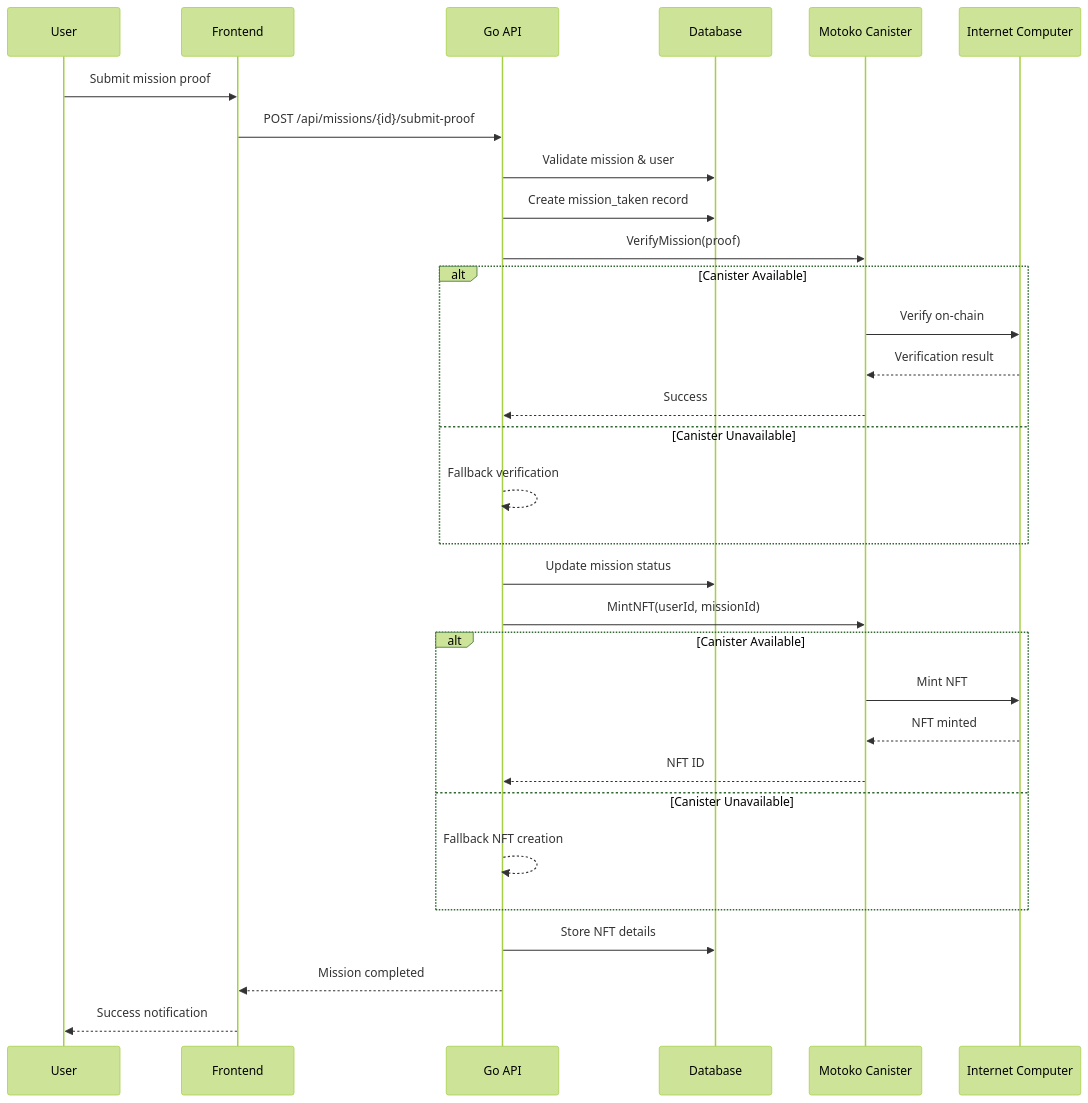
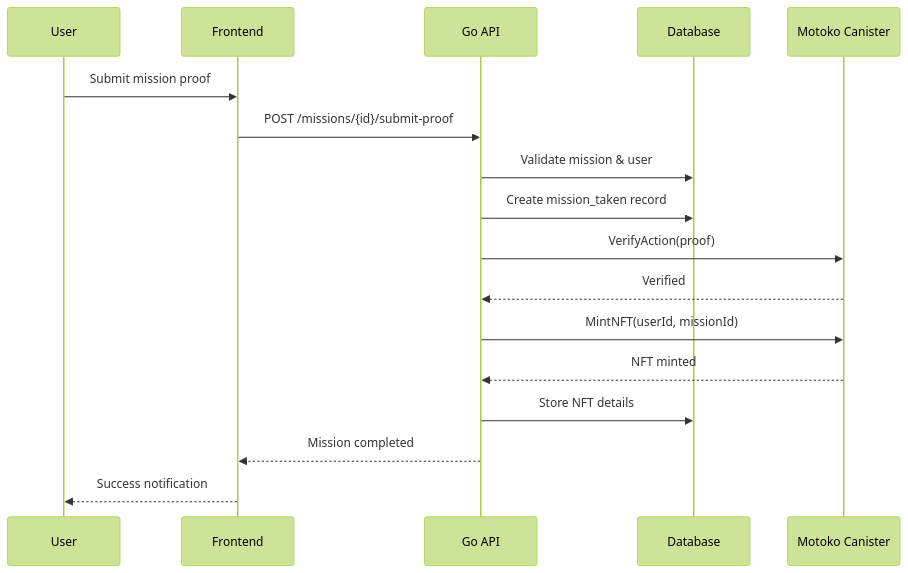
Before and after one commit to jurus-macul/pedulicarbon: the third of 6 diagrams in docs/SYSTEM_DESIGN.md, drawn with Mermaid (forest theme). The commit also changed other lines of this file and 2 other files, not shown here.

````diff
--- a/docs/SYSTEM_DESIGN.md
+++ b/docs/SYSTEM_DESIGN.md
@@ -92,34 +75,20 @@
 ```mermaid
 sequenceDiagram
     participant U as User
     participant F as Frontend
     participant API as Go API
     participant DB as Database
     participant Motoko as Motoko Canister
-    participant ICP as Internet Computer
     
     U->>F: Submit mission proof
-    F->>API: POST /api/missions/{id}/submit-proof
+    F->>API: POST /missions/{id}/submit-proof
     API->>DB: Validate mission & user
     API->>DB: Create mission_taken record
-    API->>Motoko: VerifyMission(proof)
-    alt Canister Available
-        Motoko->>ICP: Verify on-chain
-        ICP-->>Motoko: Verification result
-        Motoko-->>API: Success
-    else Canister Unavailable
-        API-->>API: Fallback verification
-    end
-    API->>DB: Update mission status
+    API->>Motoko: VerifyAction(proof)
+    Motoko-->>API: Verified
     API->>Motoko: MintNFT(userId, missionId)
-    alt Canister Available
-        Motoko->>ICP: Mint NFT
-        ICP-->>Motoko: NFT minted
-        Motoko-->>API: NFT ID
-    else Canister Unavailable
-        API-->>API: Fallback NFT creation
-    end
+    Motoko-->>API: NFT minted
     API->>DB: Store NFT details
     API-->>F: Mission completed
     F-->>U: Success notification
 ```
````
